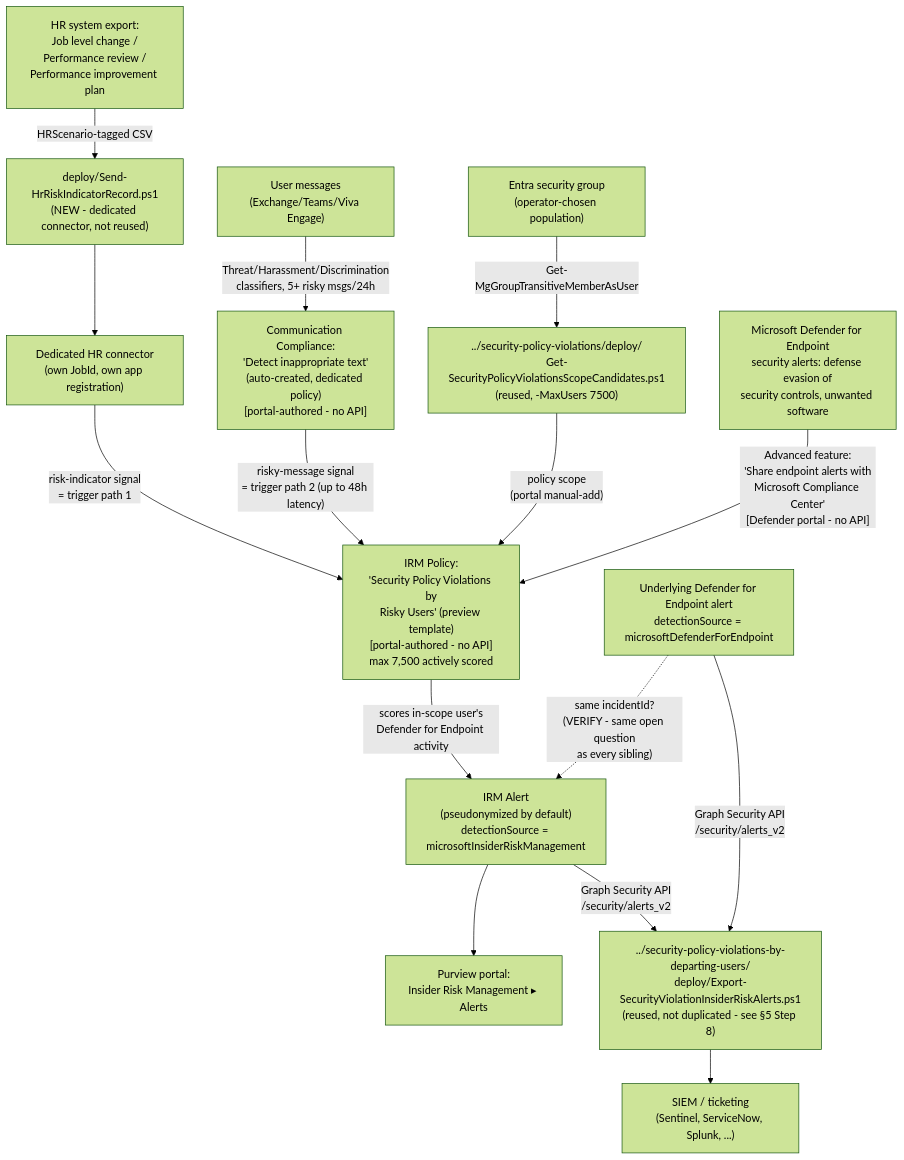
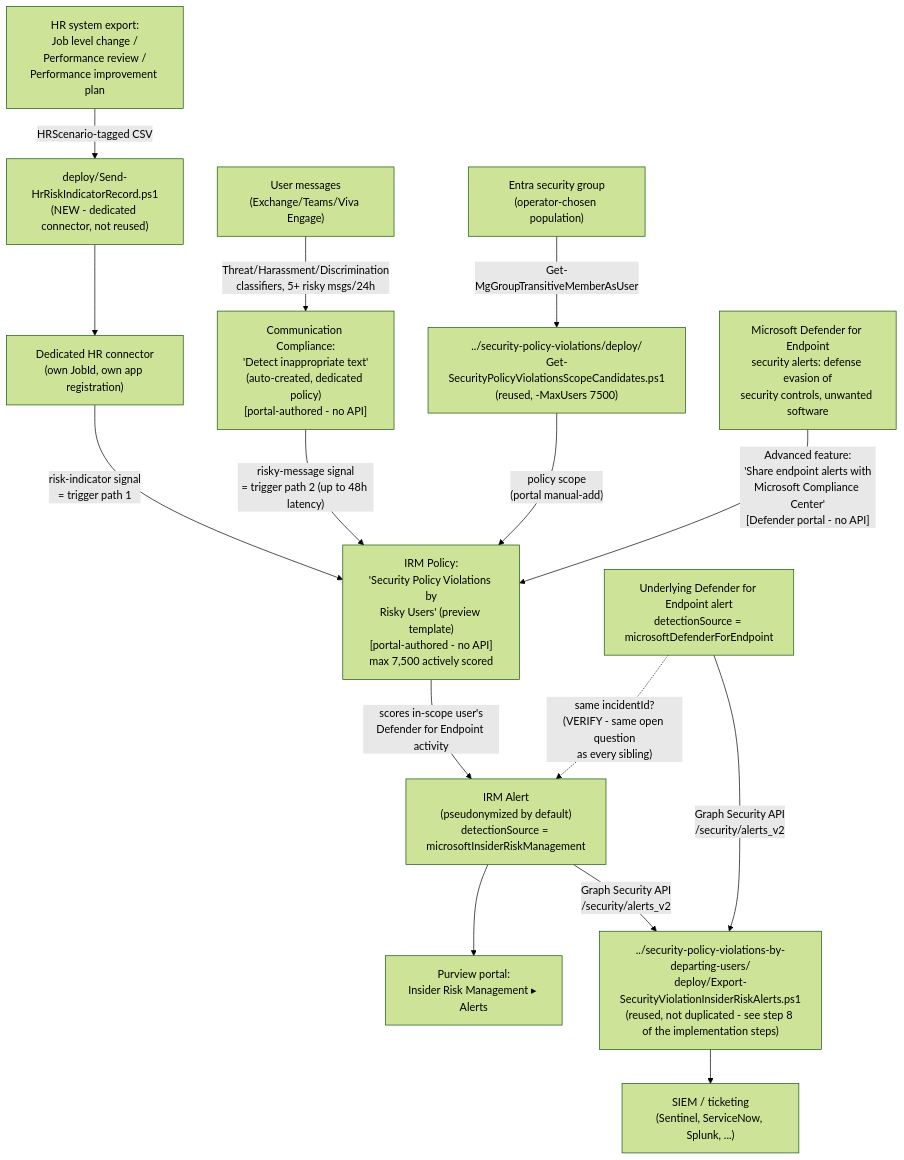
Before and after one commit to kpsec1/kpsec1.github.io: the diagram in src/content/scenarios/insider-risk/security-policy-violations-by-risky-users.md, drawn with Mermaid (forest theme). The commit also changed 269 other files, not shown here.

````diff
--- a/src/content/scenarios/insider-risk/security-policy-violations-by-risky-users.md
+++ b/src/content/scenarios/insider-risk/security-policy-violations-by-risky-users.md
@@ -79,17 +79,17 @@
 ```mermaid
 flowchart TD
     HR[HR system export:\nJob level change /\nPerformance review /\nPerformance improvement plan] -->|"HRScenario-tagged CSV"| Script["deploy/Send-HrRiskIndicatorRecord.ps1\n(NEW - dedicated connector, not reused)"]
     Script --> Connector["Dedicated HR connector\n(own JobId, own app registration)"]
     Connector -->|"risk-indicator signal\n= trigger path 1"| Policy["IRM Policy:\n'Security Policy Violations by\nRisky Users' (preview template)\n[portal-authored - no API]\nmax 7,500 actively scored"]
     Messages["User messages\n(Exchange/Teams/Viva Engage)"] -->|"Threat/Harassment/Discrimination\nclassifiers, 5+ risky msgs/24h"| CCPolicy["Communication Compliance:\n'Detect inappropriate text'\n(auto-created, dedicated policy)\n[portal-authored - no API]"]
     CCPolicy -->|"risky-message signal\n= trigger path 2 (up to 48h latency)"| Policy
     Group["Entra security group\n(operator-chosen population)"] -->|"Get-MgGroupTransitiveMemberAsUser"| ScopeScript["../security-policy-violations/deploy/\nGet-SecurityPolicyViolationsScopeCandidates.ps1\n(reused, -MaxUsers 7500)"]
     ScopeScript -->|"policy scope\n(portal manual-add)"| Policy
     MDE["Microsoft Defender for Endpoint\nsecurity alerts: defense evasion of\nsecurity controls, unwanted software"] -->|"Advanced feature:\n'Share endpoint alerts with\nMicrosoft Compliance Center'\n[Defender portal - no API]"| Policy
     Policy -->|"scores in-scope user's\nDefender for Endpoint activity"| Alert["IRM Alert\n(pseudonymized by default)\ndetectionSource = microsoftInsiderRiskManagement"]
     MDEAlert["Underlying Defender for Endpoint alert\ndetectionSource = microsoftDefenderForEndpoint"] -.->|"same incidentId?\n(VERIFY - same open question\nas every sibling)"| Alert
     Alert --> Dashboard["Purview portal:\nInsider Risk Management ▸ Alerts"]
-    Alert -->|"Graph Security API\n/security/alerts_v2"| Export["../security-policy-violations-by-departing-users/\ndeploy/Export-SecurityViolationInsiderRiskAlerts.ps1\n(reused, not duplicated - see §5 Step 8)"]
+    Alert -->|"Graph Security API\n/security/alerts_v2"| Export["../security-policy-violations-by-departing-users/\ndeploy/Export-SecurityViolationInsiderRiskAlerts.ps1\n(reused, not duplicated - see step 8 of the implementation steps)"]
     MDEAlert -->|"Graph Security API\n/security/alerts_v2"| Export
     Export --> SIEM["SIEM / ticketing\n(Sentinel, ServiceNow, Splunk, ...)"]
 ```
````
